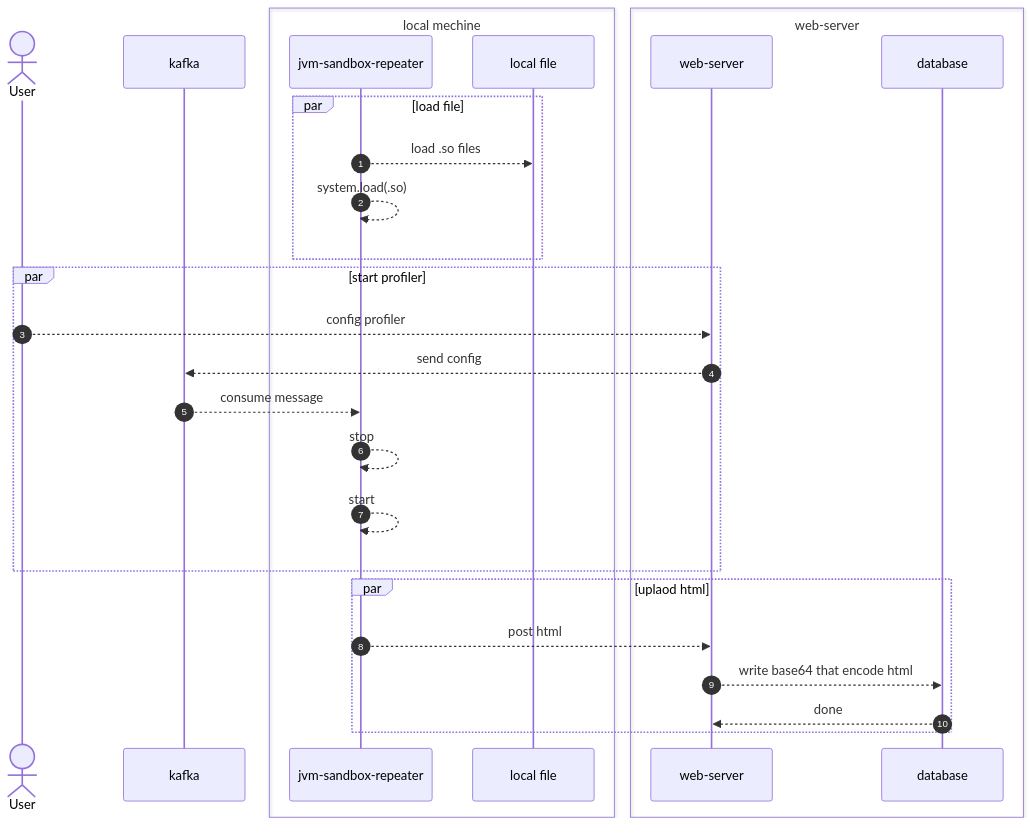
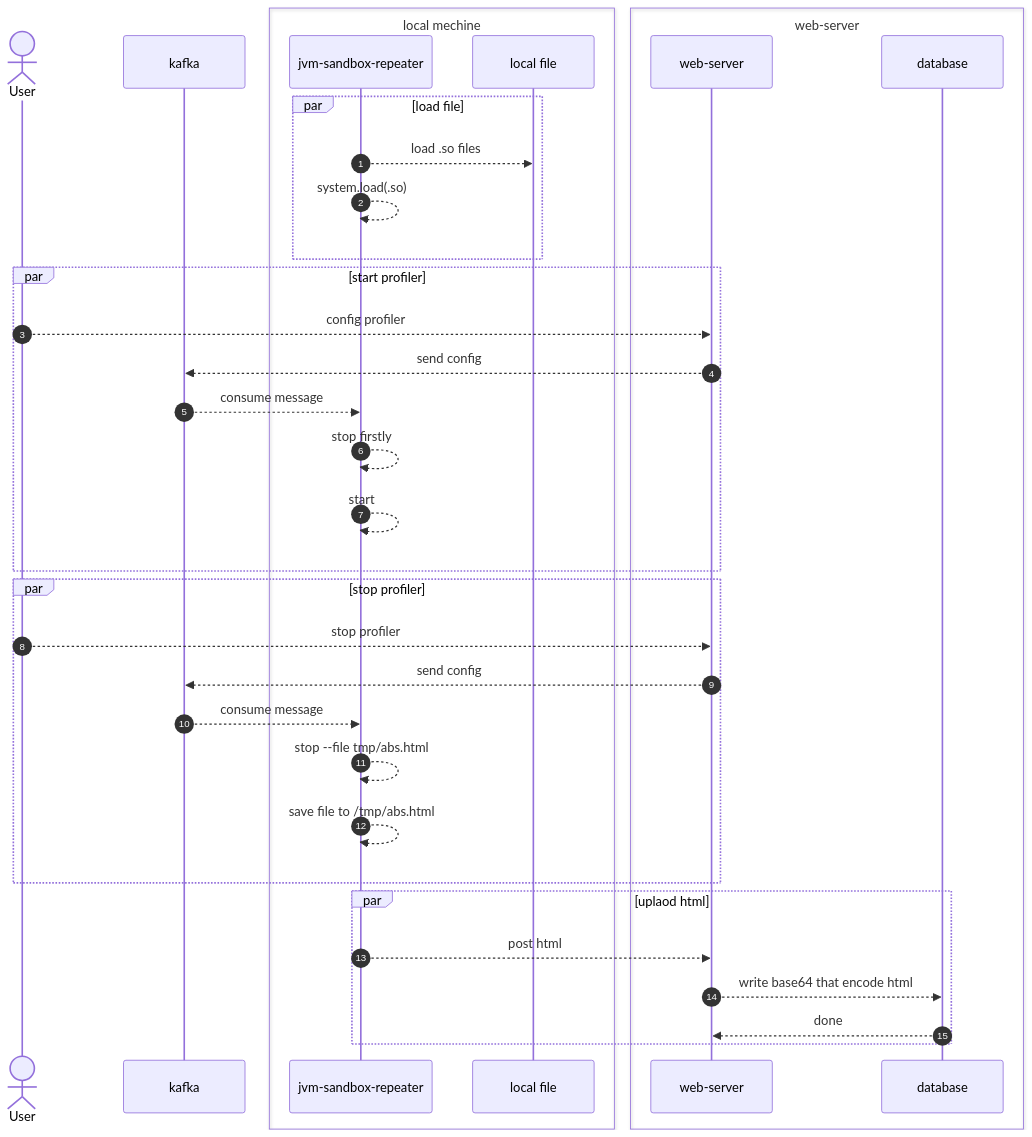
Before and after one commit to deipss/deipss.github.io: the diagram in docs/Solution/压力测试性能观测.md, drawn with Mermaid. The commit also changed other lines of this file, not shown here.

Commit message:
压力测试

````diff
--- a/docs/Solution/压力测试性能观测.md
+++ b/docs/Solution/压力测试性能观测.md
@@ -18,41 +18,51 @@
 ```mermaid
 sequenceDiagram
     autonumber
 
     actor user as User
     participant mq as kafka
 
     box local mechine
         participant sandbox as jvm-sandbox-repeater
         participant file as local file
     end
 
     box web-server
         participant repeater as web-server
         participant mysql as database
     end
 
     par load file
         sandbox -->> file: load .so files
         sandbox -->> sandbox: system.load(.so)
     end
 
     par start profiler
         user -->> repeater: config profiler
         repeater -->> mq: send config
         mq -->> sandbox: consume message
-        sandbox -->> sandbox: stop
+        sandbox -->> sandbox: stop firstly
         sandbox -->> sandbox: start
+
+
+    end
+
+    par stop profiler
+        user -->> repeater: stop profiler
+        repeater -->> mq: send config
+        mq -->> sandbox: consume message
+        sandbox -->> sandbox: stop --file tmp/abs.html
+        sandbox -->> sandbox: save file to /tmp/abs.html
 
 
     end
 
     par uplaod html
         sandbox -->> repeater: post html
         repeater -->> mysql: write base64 that encode html
         mysql -->> repeater: done
 
     end
 
 
 ```
````
